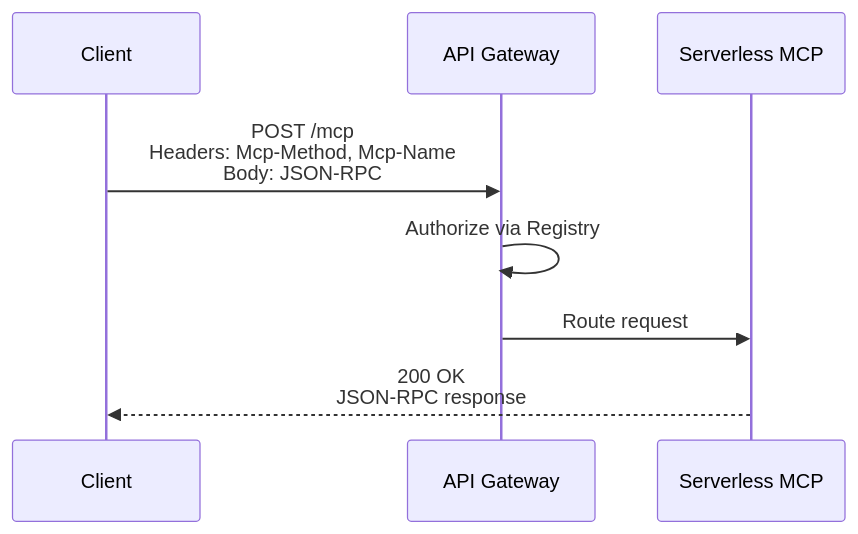
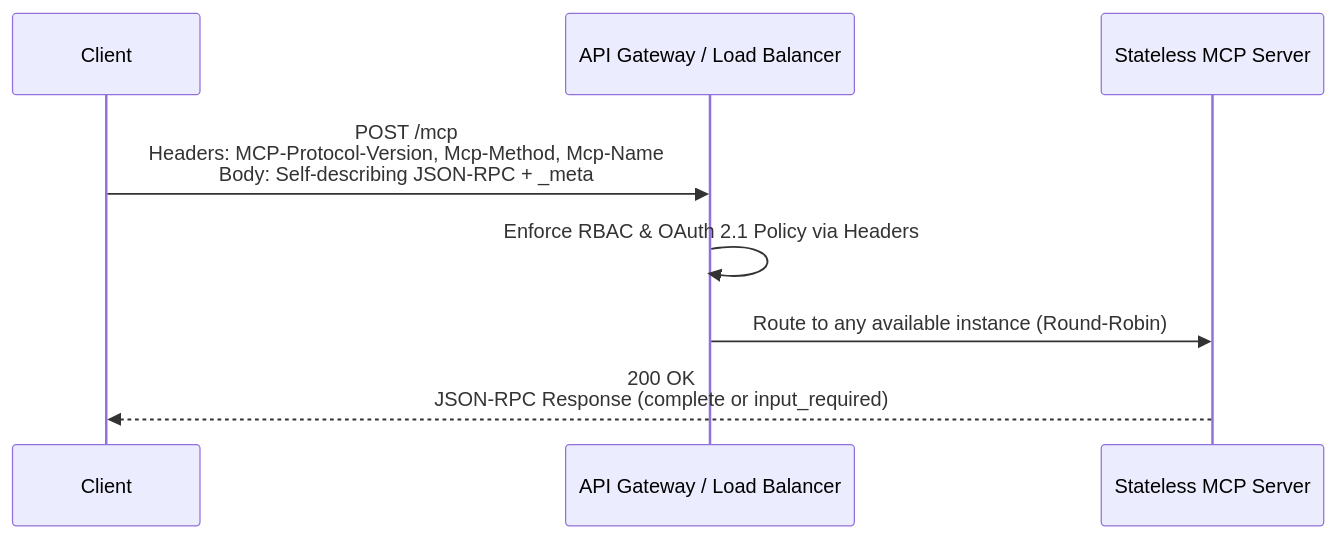
Before and after one commit to imagarg01/LearningStuff: the third of 5 diagrams in docs/AI/MCP/03_transports.md, drawn with Mermaid. The commit also changed other lines of this file and 29 other files, not shown here.

````diff
--- a/docs/AI/MCP/03_transports.md
+++ b/docs/AI/MCP/03_transports.md
@@ -100,11 +101,11 @@
 ```mermaid
 sequenceDiagram
     participant Client
-    participant Gateway as API Gateway
-    participant Server as Serverless MCP
+    participant Gateway as API Gateway / Load Balancer
+    participant Server as Stateless MCP Server
     
-    Client->>Gateway: POST /mcp<br/>Headers: Mcp-Method, Mcp-Name<br/>Body: JSON-RPC
-    Gateway->>Gateway: Authorize via Registry
-    Gateway->>Server: Route request
-    Server-->>Client: 200 OK<br/>JSON-RPC response
+    Client->>Gateway: POST /mcp<br/>Headers: MCP-Protocol-Version, Mcp-Method, Mcp-Name<br/>Body: Self-describing JSON-RPC + _meta
+    Gateway->>Gateway: Enforce RBAC & OAuth 2.1 Policy via Headers
+    Gateway->>Server: Route to any available instance (Round-Robin)
+    Server-->>Client: 200 OK<br/>JSON-RPC Response (complete or input_required)
 ```
````
